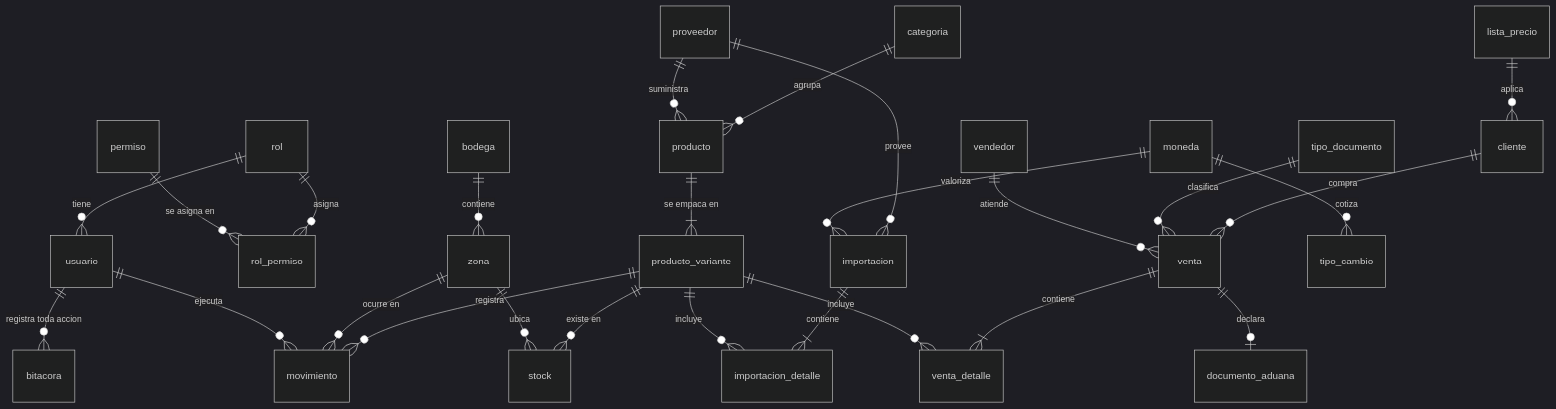
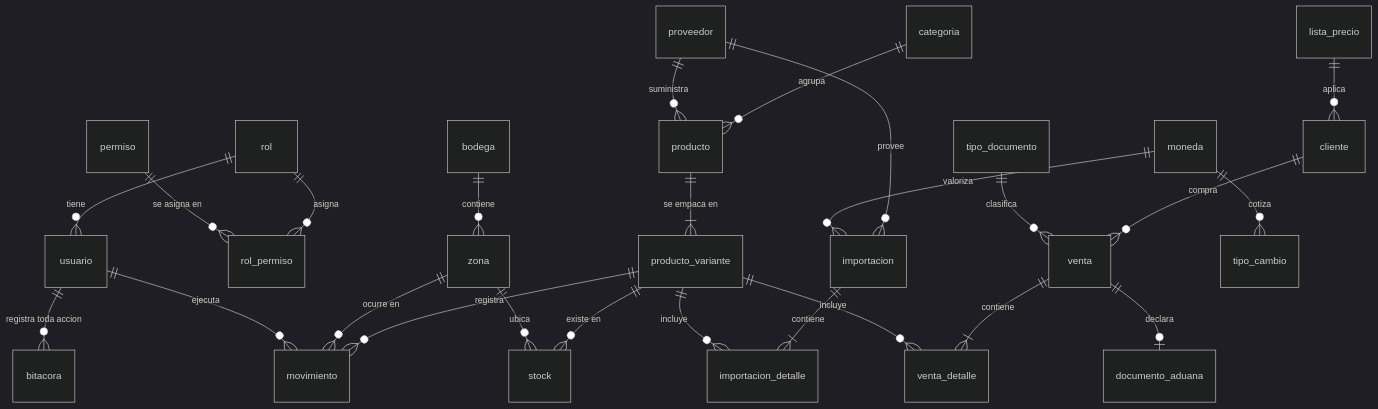
One commit to dynamiccoding01/hongteng-prueba changed the fourth of 4 diagrams in BACKEND.md. Above: the diagram before and after it, drawn with Mermaid (dark theme). The commit also changed other lines of this file and 21 other files, not shown here.

````diff
--- a/BACKEND.md
+++ b/BACKEND.md
@@ -495,33 +508,32 @@
 ```mermaid
 erDiagram
     rol ||--o{ usuario : tiene
     rol ||--o{ rol_permiso : asigna
     permiso ||--o{ rol_permiso : "se asigna en"
     usuario ||--o{ bitacora : "registra toda accion"
 
     categoria ||--o{ producto : agrupa
     proveedor ||--o{ producto : suministra
     producto ||--|{ producto_variante : "se empaca en"
 
     bodega ||--o{ zona : contiene
     producto_variante ||--o{ stock : "existe en"
     zona ||--o{ stock : ubica
 
     producto_variante ||--o{ movimiento : registra
     zona ||--o{ movimiento : "ocurre en"
     usuario ||--o{ movimiento : ejecuta
 
     proveedor ||--o{ importacion : provee
     importacion ||--|{ importacion_detalle : contiene
     producto_variante ||--o{ importacion_detalle : incluye
     moneda ||--o{ importacion : valoriza
 
     cliente ||--o{ venta : compra
     tipo_documento ||--o{ venta : clasifica
-    vendedor ||--o{ venta : atiende
     venta ||--|{ venta_detalle : contiene
     producto_variante ||--o{ venta_detalle : incluye
     venta ||--o| documento_aduana : declara
     moneda ||--o{ tipo_cambio : cotiza
     lista_precio ||--o{ cliente : aplica
 ```
````
